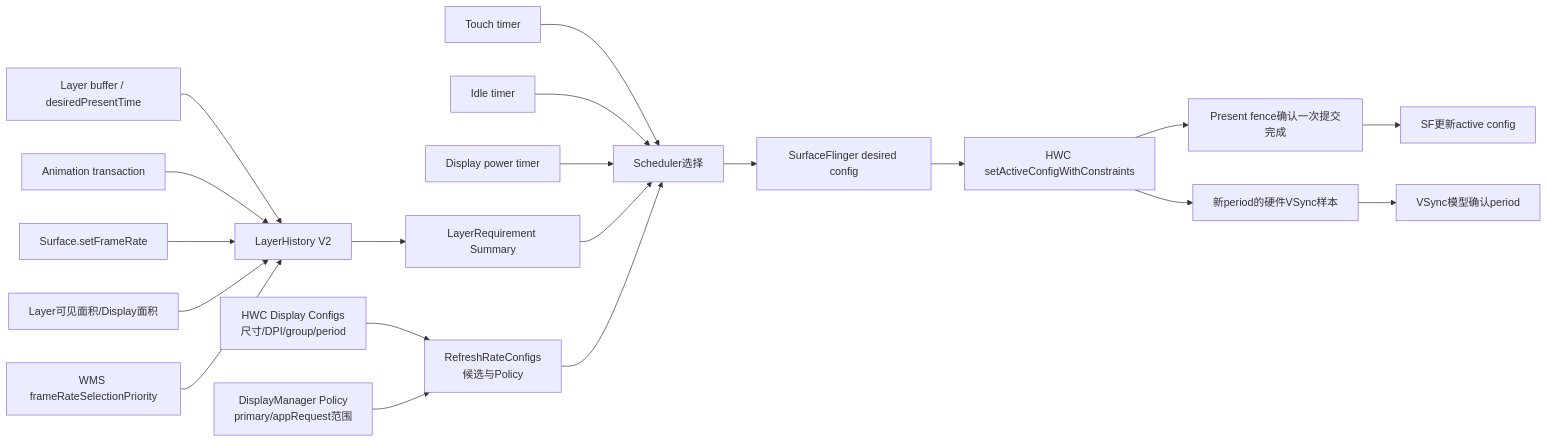
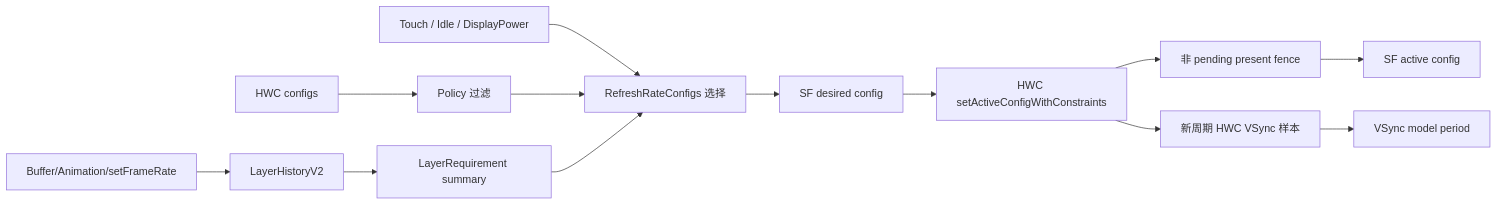
The first of 2 diagrams in Android源码学习/166-AndroidRefreshRateConfigsLayerHistory与动态刷新率选择.md (junyingzhao001/StudyNotes), drawn with Mermaid before and after one commit. The commit also changed other lines of this file and 30 other files, not shown here.

````diff
--- a/Android源码学习/166-AndroidRefreshRateConfigsLayerHistory与动态刷新率选择.md
+++ b/Android源码学习/166-AndroidRefreshRateConfigsLayerHistory与动态刷新率选择.md
@@ -57,22 +73,15 @@
 ```mermaid
 flowchart LR
-    HWC["HWC Display Configs<br/>尺寸/DPI/group/period"] --> RRC["RefreshRateConfigs<br/>候选与Policy"]
-    DM["DisplayManager Policy<br/>primary/appRequest范围"] --> RRC
-    BUF["Layer buffer / desiredPresentTime"] --> LH["LayerHistory V2"]
-    TX["Animation transaction"] --> LH
-    API["Surface.setFrameRate"] --> LH
-    AREA["Layer可见面积/Display面积"] --> LH
-    FOCUS["WMS frameRateSelectionPriority"] --> LH
-    LH --> SUM["LayerRequirement Summary"]
-    TOUCH["Touch timer"] --> SELECT["Scheduler选择"]
-    IDLE["Idle timer"] --> SELECT
-    POWER["Display power timer"] --> SELECT
-    SUM --> SELECT
-    RRC --> SELECT
-    SELECT --> DESIRED["SurfaceFlinger desired config"]
-    DESIRED --> HAL["HWC setActiveConfigWithConstraints"]
-    HAL --> PRESENT["Present fence确认一次提交完成"]
-    PRESENT --> ACTIVE["SF更新active config"]
-    HAL --> VS["新period的硬件VSync样本"]
-    VS --> MODEL["VSync模型确认period"]
+    H["HWC configs"] --> P["Policy 过滤"]
+    B["Buffer/Animation/setFrameRate"] --> L["LayerHistoryV2"]
+    L --> R["LayerRequirement summary"]
+    T["Touch / Idle / DisplayPower"] --> S["RefreshRateConfigs 选择"]
+    P --> S
+    R --> S
+    S --> D["SF desired config"]
+    D --> C["HWC setActiveConfigWithConstraints"]
+    C --> F["非 pending present fence"]
+    F --> A["SF active config"]
+    C --> V["新周期 HWC VSync 样本"]
+    V --> M["VSync model period"]
 ```
````
